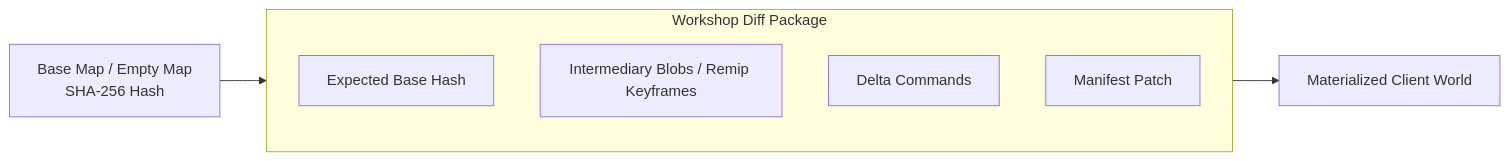
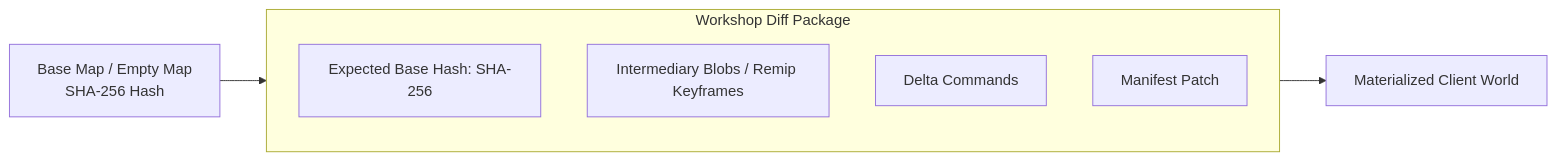
Before and after one commit to Fohlen/sauerbraten-revival: the fourth of 4 diagrams in docs/adr/0008-reference-based-maps.md, drawn with Mermaid. The commit also changed other lines of this file, not shown here.

````diff
--- a/docs/adr/0008-reference-based-maps.md
+++ b/docs/adr/0008-reference-based-maps.md
@@ -117,13 +225,13 @@
 ```mermaid
 graph LR
     Base[Base Map / Empty Map<br>SHA-256 Hash] --> Diff[Workshop Diff Package<br>.fbs binary]
     Diff --> Applied[Materialized Client World]
     
     subgraph Diff [Workshop Diff Package]
         direction TB
-        BHash[Expected Base Hash]
+        BHash[Expected Base Hash: SHA-256]
         Blobs[Intermediary Blobs / Remip Keyframes]
         Cmds[Delta Commands]
         MPatch[Manifest Patch]
     end
 ```
````
